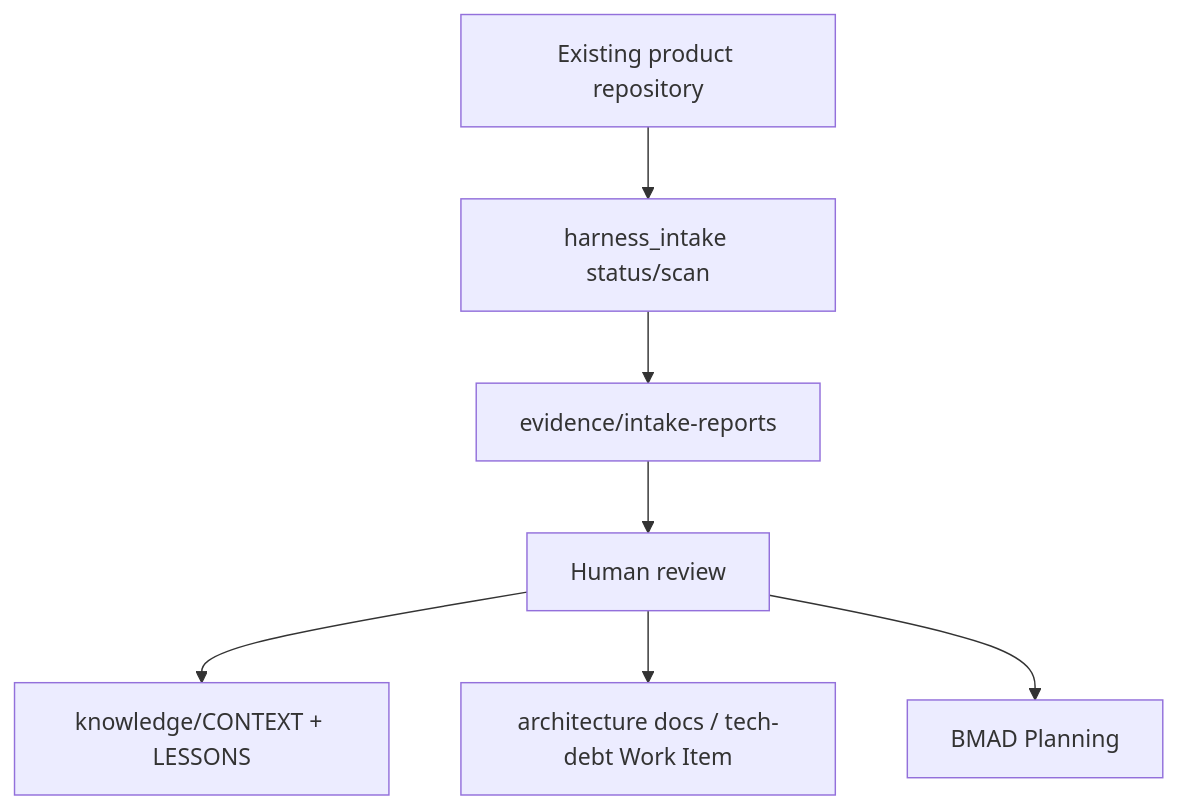
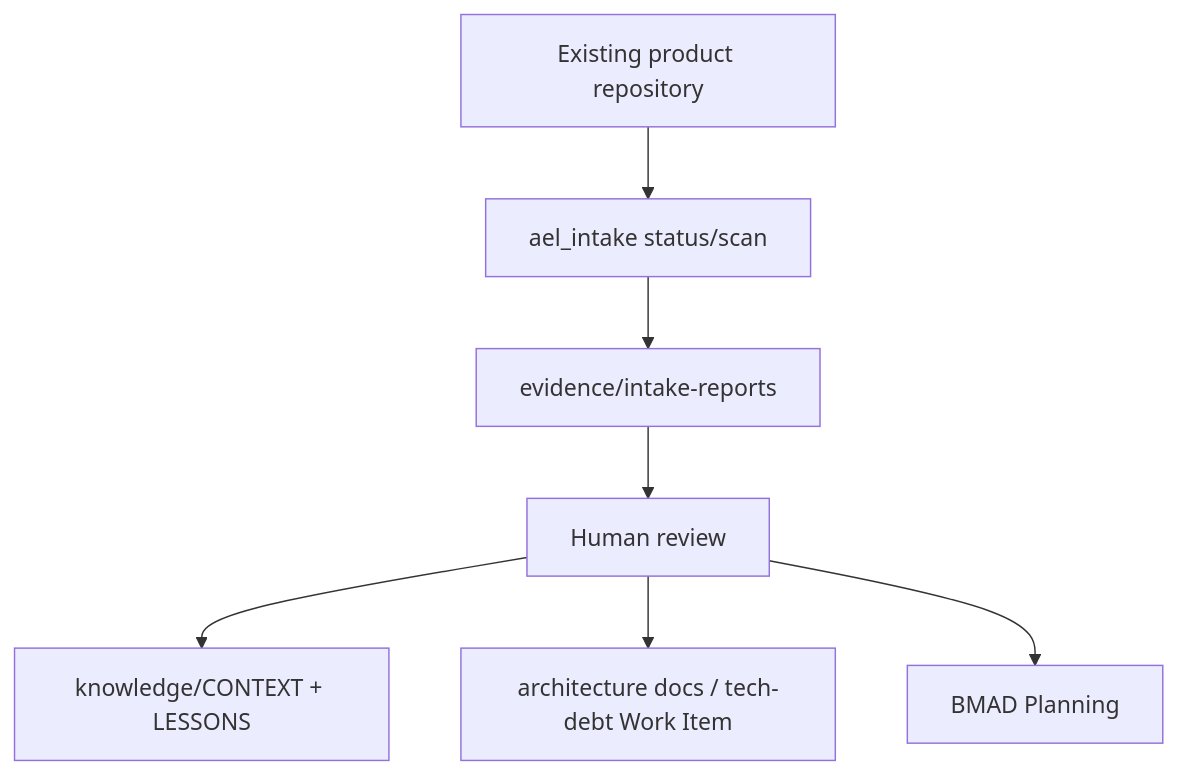
Before and after one commit to goBuildRun/harness-engineering: the second of 3 diagrams in ARCHITECTURE.md, drawn with Mermaid. The commit also changed other lines of this file and 552 other files, not shown here.

````diff
--- a/ARCHITECTURE.md
+++ b/ARCHITECTURE.md
@@ -106,15 +106,15 @@
 ```mermaid
 flowchart TD
   P["Existing product repository"]
-  I["harness_intake status/scan"]
+  I["ael_intake status/scan"]
   R["evidence/intake-reports"]
   H["Human review"]
   K["knowledge/CONTEXT + LESSONS"]
   A["architecture docs / tech-debt Work Item"]
   BP["BMAD Planning"]
 
   P --> I --> R --> H
   H --> K
   H --> A
   H --> BP
 ```
````
